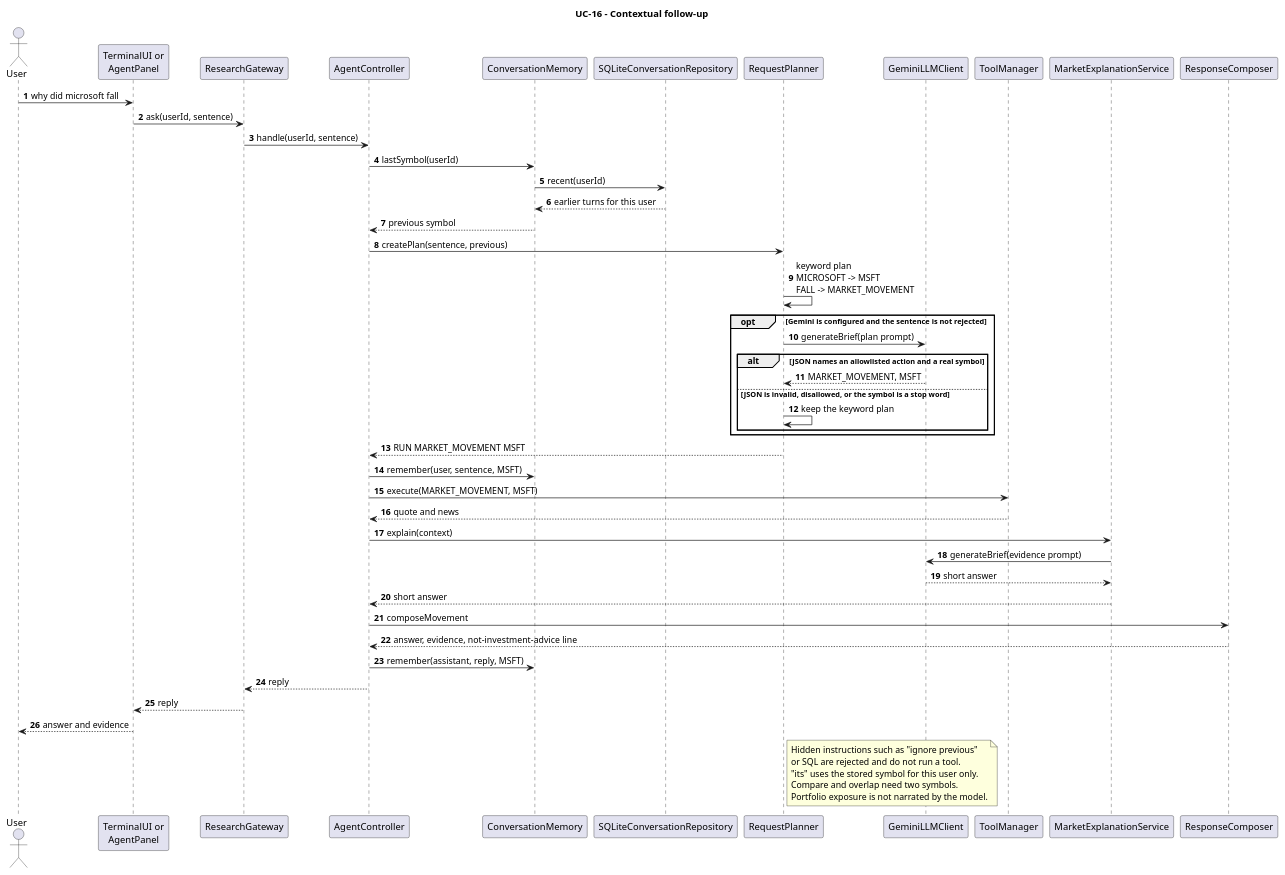
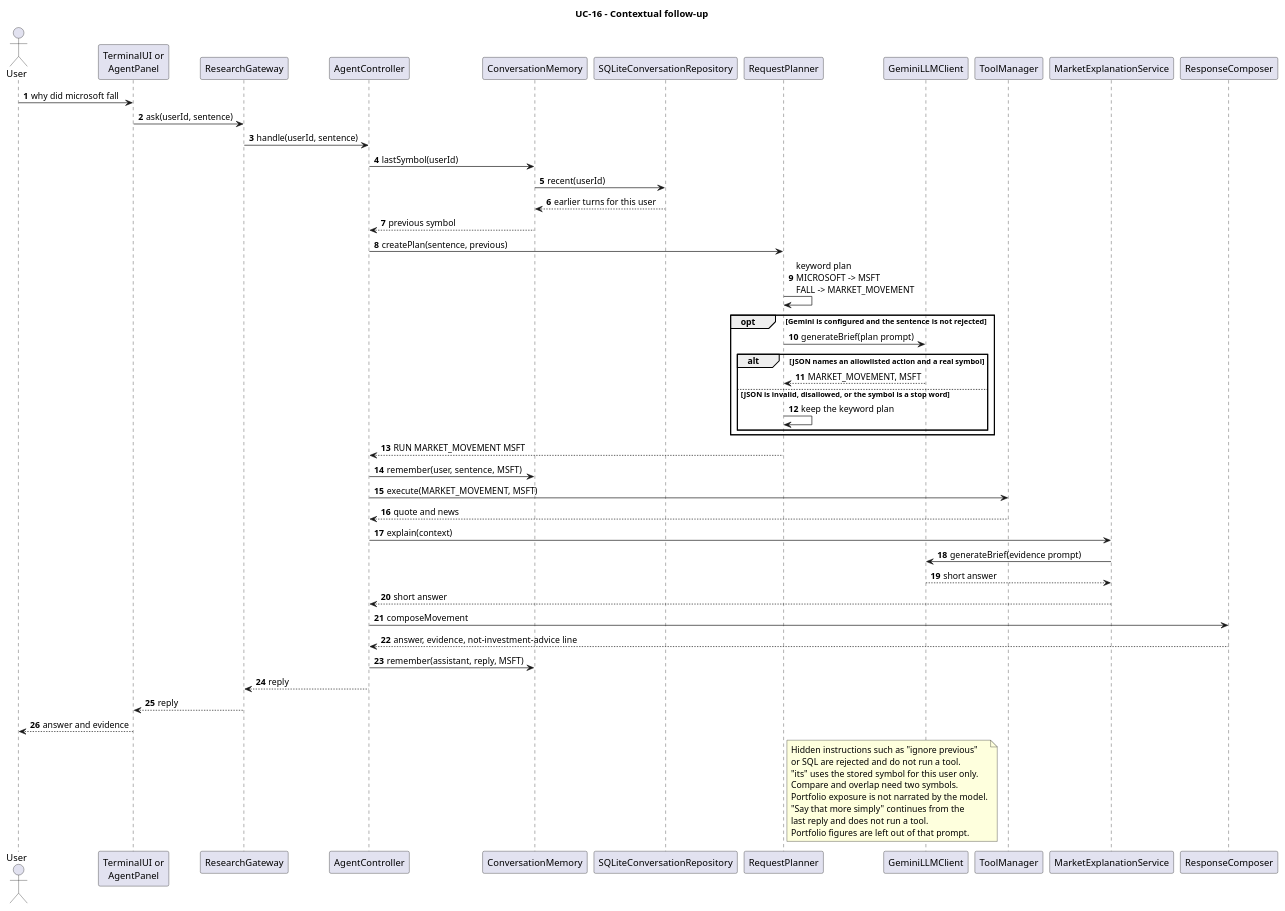
The diagram in docs/uml/sequence-context-followup.puml (xAssasinSoulx/market-intelligence-agent), drawn with PlantUML before and after one commit. The commit also changed 8 other files, not shown here.

First line of the commit message:
feat(agent): let a follow-up continue the last reply

```diff
--- a/docs/uml/sequence-context-followup.puml
+++ b/docs/uml/sequence-context-followup.puml
@@ -1,61 +1,64 @@
 @startuml
 title UC-16 - Contextual follow-up
 
 autonumber
 
 actor User
 participant "TerminalUI or\nAgentPanel" as UI
 participant ResearchGateway
 participant AgentController
 participant ConversationMemory
 participant SQLiteConversationRepository
 participant RequestPlanner
 participant GeminiLLMClient
 participant ToolManager
 participant MarketExplanationService
 participant ResponseComposer
 
 User -> UI : why did microsoft fall
 UI -> ResearchGateway : ask(userId, sentence)
 ResearchGateway -> AgentController : handle(userId, sentence)
 AgentController -> ConversationMemory : lastSymbol(userId)
 ConversationMemory -> SQLiteConversationRepository : recent(userId)
 SQLiteConversationRepository --> ConversationMemory : earlier turns for this user
 ConversationMemory --> AgentController : previous symbol
 
 AgentController -> RequestPlanner : createPlan(sentence, previous)
 RequestPlanner -> RequestPlanner : keyword plan\nMICROSOFT -> MSFT\nFALL -> MARKET_MOVEMENT
 
 opt Gemini is configured and the sentence is not rejected
     RequestPlanner -> GeminiLLMClient : generateBrief(plan prompt)
     alt JSON names an allowlisted action and a real symbol
         GeminiLLMClient --> RequestPlanner : MARKET_MOVEMENT, MSFT
     else JSON is invalid, disallowed, or the symbol is a stop word
         RequestPlanner -> RequestPlanner : keep the keyword plan
     end
 end
 
 RequestPlanner --> AgentController : RUN MARKET_MOVEMENT MSFT
 AgentController -> ConversationMemory : remember(user, sentence, MSFT)
 AgentController -> ToolManager : execute(MARKET_MOVEMENT, MSFT)
 ToolManager --> AgentController : quote and news
 AgentController -> MarketExplanationService : explain(context)
 MarketExplanationService -> GeminiLLMClient : generateBrief(evidence prompt)
 GeminiLLMClient --> MarketExplanationService : short answer
 MarketExplanationService --> AgentController : short answer
 AgentController -> ResponseComposer : composeMovement
 ResponseComposer --> AgentController : answer, evidence, not-investment-advice line
 AgentController -> ConversationMemory : remember(assistant, reply, MSFT)
 AgentController --> ResearchGateway : reply
 ResearchGateway --> UI : reply
 UI --> User : answer and evidence
 
 note right of RequestPlanner
   Hidden instructions such as "ignore previous"
   or SQL are rejected and do not run a tool.
   "its" uses the stored symbol for this user only.
   Compare and overlap need two symbols.
   Portfolio exposure is not narrated by the model.
+  "Say that more simply" continues from the
+  last reply and does not run a tool.
+  Portfolio figures are left out of that prompt.
 end note
 
 @enduml
```
